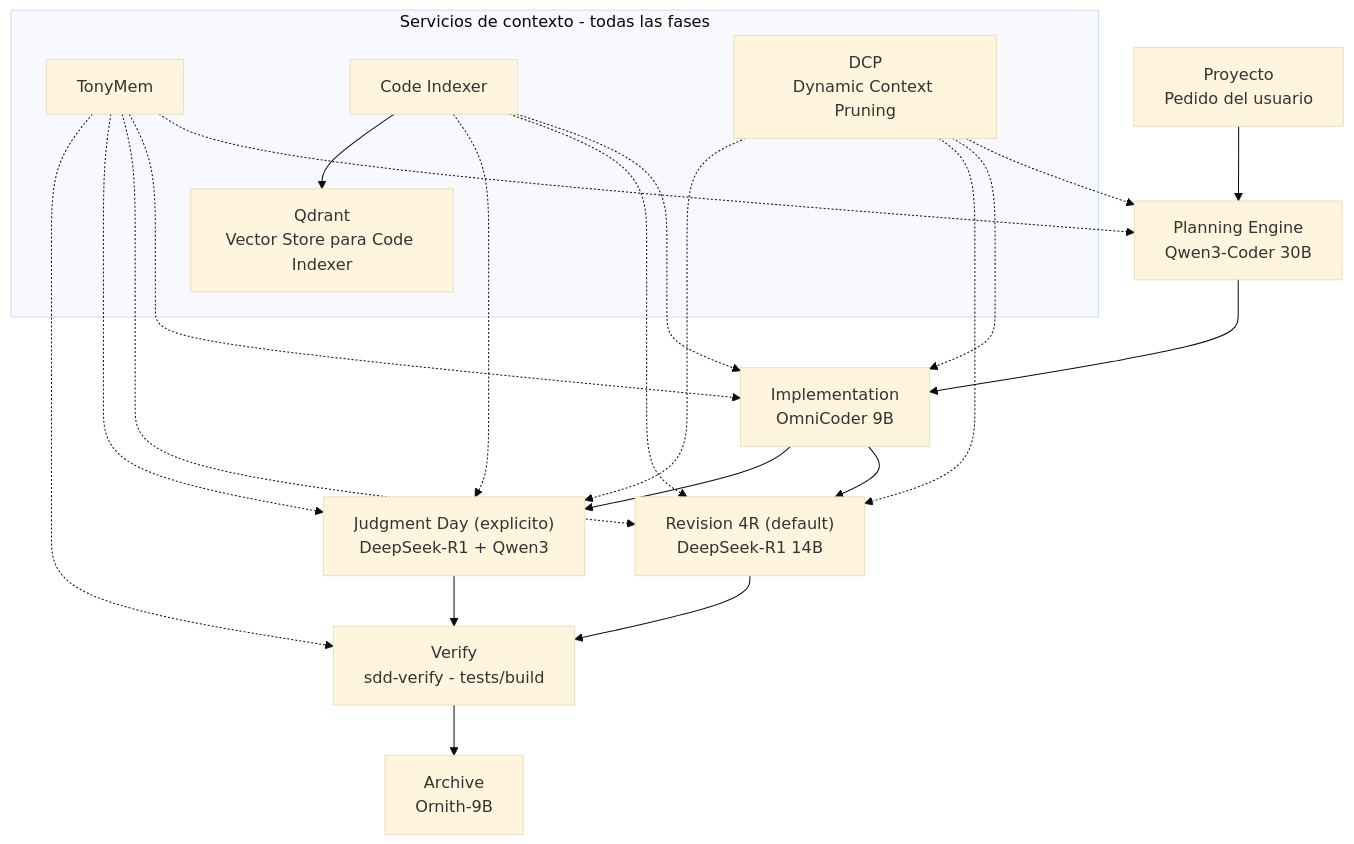
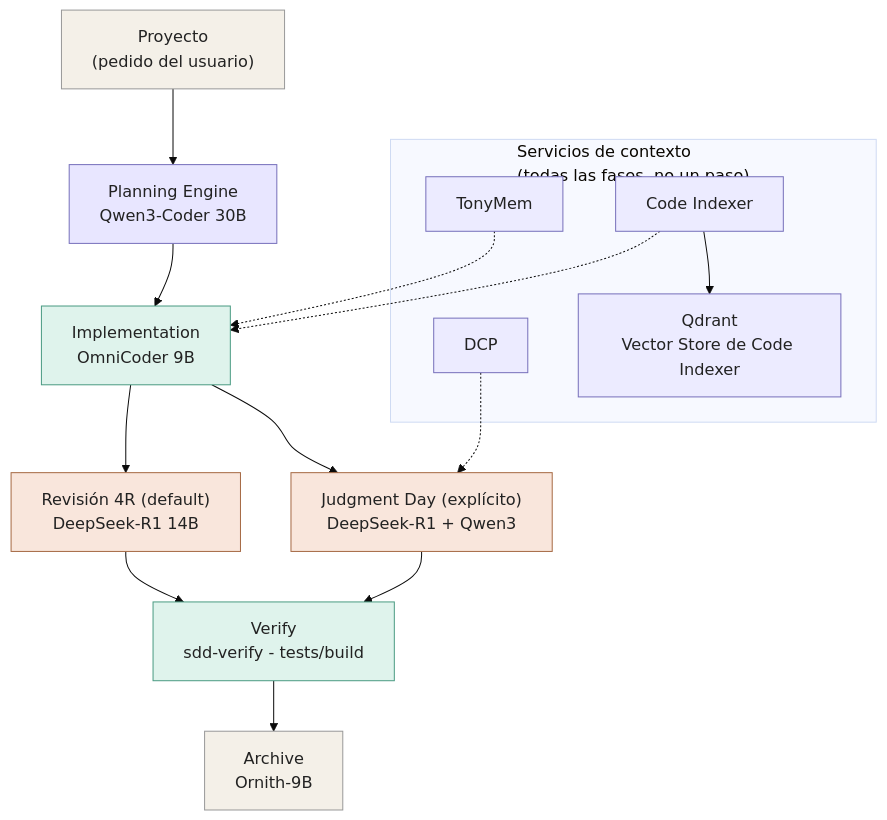
One commit to gastoncelestino/tony-ai changed the diagram in README.md. Above: the diagram before and after it, drawn with Mermaid (base theme).

````diff
--- a/README.md
+++ b/README.md
@@ -22,65 +22,67 @@
 ```mermaid
 flowchart TD
 
-    USER["Proyecto<br/>Pedido del usuario"]
+    USER["Proyecto<br/>(pedido del usuario)"]
 
     PLAN["Planning Engine<br/>Qwen3-Coder 30B"]
 
     IMPL["Implementation<br/>OmniCoder 9B"]
 
-    REVIEW["Revision 4R (default)<br/>DeepSeek-R1 14B"]
+    REVIEW["Revisión 4R (default)<br/>DeepSeek-R1 14B"]
 
-    JD["Judgment Day (explicito)<br/>DeepSeek-R1 + Qwen3"]
+    JD["Judgment Day (explícito)<br/>DeepSeek-R1 + Qwen3"]
 
     VERIFY["Verify<br/>sdd-verify - tests/build"]
 
     ARCHIVE["Archive<br/>Ornith-9B"]
 
 
-    subgraph CONTEXT["Servicios de contexto - todas las fases"]
+    subgraph CONTEXT["Servicios de contexto<br/>(todas las fases, no un paso)"]
 
         MEMORY["TonyMem"]
 
         INDEX["Code Indexer"]
 
-        DCP["DCP<br/>Dynamic Context Pruning"]
+        DCP["DCP"]
 
-        QDRANT["Qdrant<br/>Vector Store para Code Indexer"]
+        QDRANT["Qdrant<br/>Vector Store de Code Indexer"]
 
     end
 
 
     USER --> PLAN
 
     PLAN --> IMPL
 
     IMPL --> REVIEW
-
     IMPL --> JD
 
     REVIEW --> VERIFY
-
     JD --> VERIFY
 
     VERIFY --> ARCHIVE
 
 
-    MEMORY -.-> PLAN
     MEMORY -.-> IMPL
-    MEMORY -.-> REVIEW
-    MEMORY -.-> JD
-    MEMORY -.-> VERIFY
+    INDEX -.-> IMPL
+    DCP -.-> JD
 
-
-    INDEX -.-> IMPL
-    INDEX -.-> REVIEW
-    INDEX -.-> JD
 
     INDEX --> QDRANT
 
 
-    DCP -.-> PLAN
-    DCP -.-> IMPL
-    DCP -.-> REVIEW
-    DCP -.-> JD
+    classDef user fill:#f4f0e8,stroke:#999,color:#222;
+    classDef plan fill:#e8e6ff,stroke:#7770bb,color:#222;
+    classDef impl fill:#dff3ec,stroke:#4b9b83,color:#222;
+    classDef review fill:#f9e6dc,stroke:#a66a45,color:#222;
+    classDef verify fill:#dff3ec,stroke:#4b9b83,color:#222;
+    classDef archive fill:#f4f0e8,stroke:#999,color:#222;
+    classDef context fill:#ecebff,stroke:#7770bb,color:#222;
+
+
+    class USER,ARCHIVE user;
+    class PLAN plan;
+    class IMPL,VERIFY impl;
+    class REVIEW,JD review;
+    class MEMORY,INDEX,DCP,QDRANT context;
 ```
````
